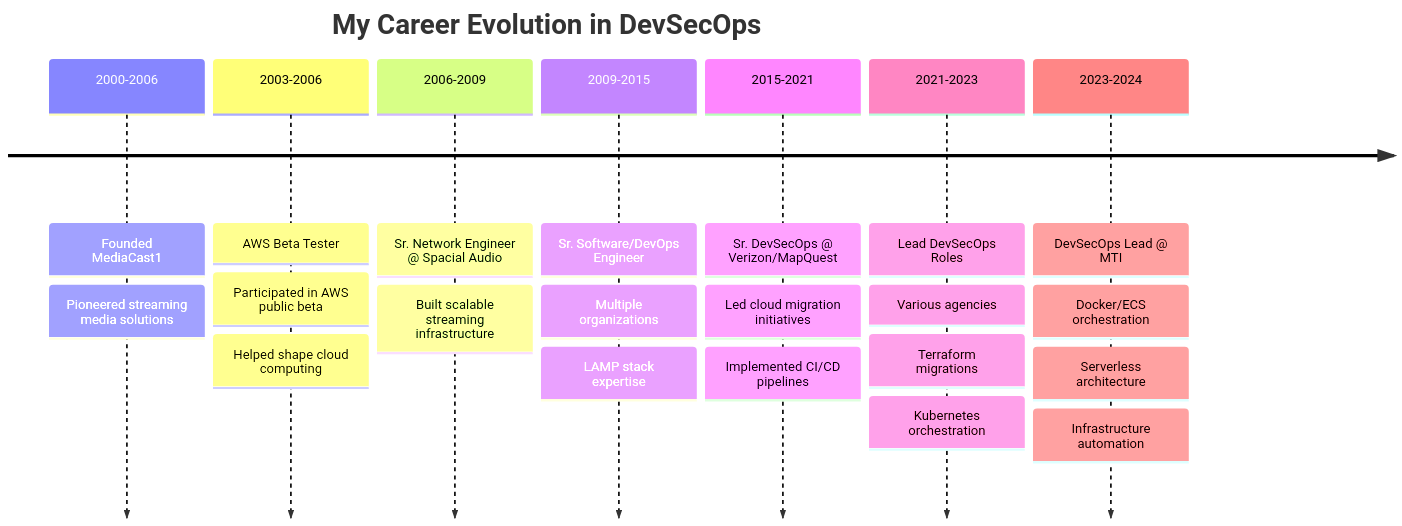
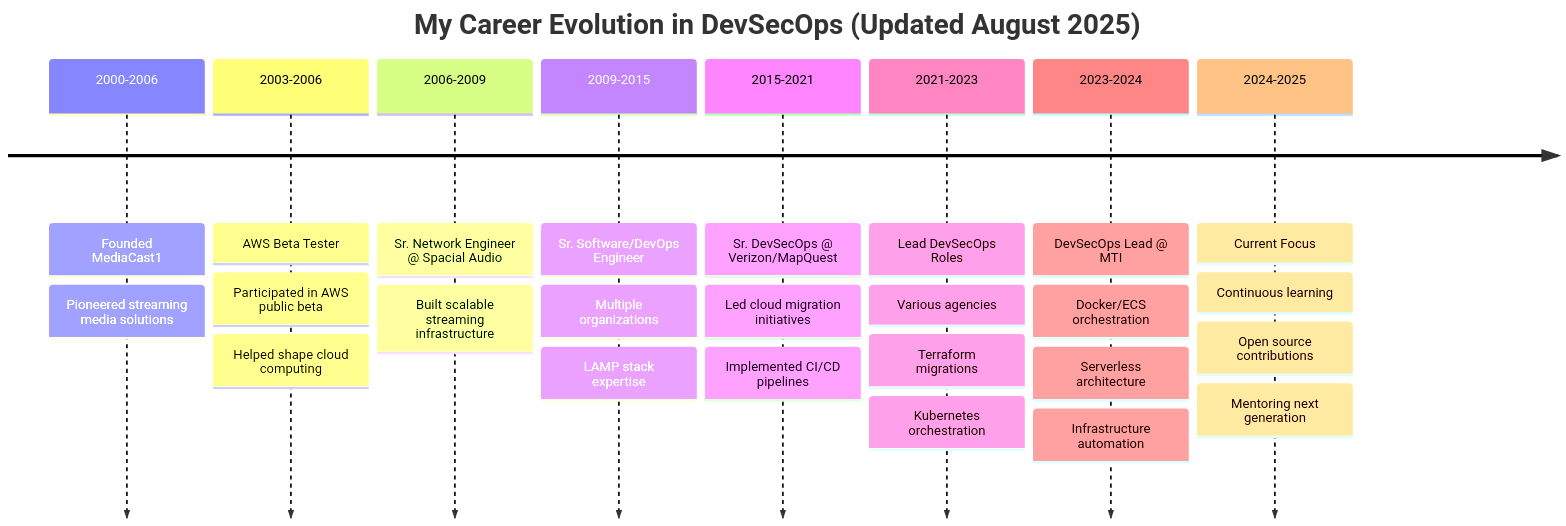
Before and after one commit to davestj/davestj: the diagram in README.md, drawn with Mermaid. The commit also changed other lines of this file, not shown here.

Commit message:
Updated readme to reflect proper timeline dates

````diff
--- a/README.md
+++ b/README.md
@@ -165,32 +196,37 @@
 ```mermaid
 timeline
-    title My Career Evolution in DevSecOps
+    title My Career Evolution in DevSecOps (Updated August 2025)
     
     2000-2006 : Founded MediaCast1
                 : Pioneered streaming media solutions
     
     2003-2006 : AWS Beta Tester
                 : Participated in AWS public beta
                 : Helped shape cloud computing
     
     2006-2009 : Sr. Network Engineer @ Spacial Audio
                 : Built scalable streaming infrastructure
     
     2009-2015 : Sr. Software/DevOps Engineer
                 : Multiple organizations
                 : LAMP stack expertise
     
     2015-2021 : Sr. DevSecOps @ Verizon/MapQuest
                 : Led cloud migration initiatives
                 : Implemented CI/CD pipelines
     
     2021-2023 : Lead DevSecOps Roles
                 : Various agencies
                 : Terraform migrations
                 : Kubernetes orchestration
     
     2023-2024 : DevSecOps Lead @ MTI
                 : Docker/ECS orchestration
                 : Serverless architecture
                 : Infrastructure automation
+    
+    2024-2025 : Current Focus
+                : Continuous learning
+                : Open source contributions
+                : Mentoring next generation
 ```
````
